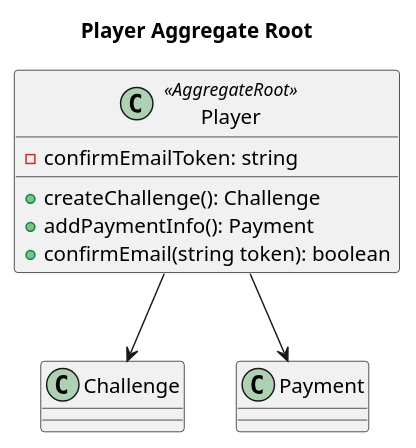
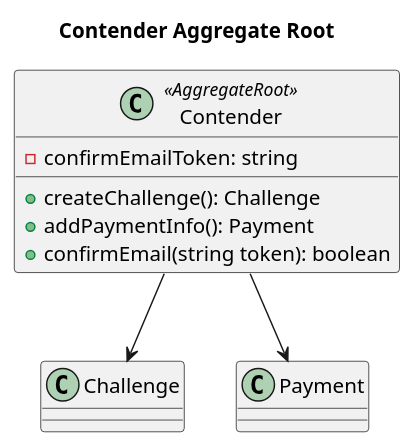
Before and after one commit to tokilabs/atqr: the first of 2 diagrams in libs/atqr/domain/src/lib/domain-spec/notes/Domain Driven Design Summary.md, drawn with PlantUML. The commit also changed other lines of this file and 7 other files, not shown here.

````diff
--- a/libs/atqr/domain/src/lib/domain-spec/notes/Domain Driven Design Summary.md
+++ b/libs/atqr/domain/src/lib/domain-spec/notes/Domain Driven Design Summary.md
@@ -45,18 +45,18 @@
 ```plantuml
-@startuml PlayerAggregateRoot
-title Player Aggregate Root
+@startuml ContenderAggregateRoot
+title Contender Aggregate Root
 
-class Player <<AggregateRoot>> {
+class Contender <<AggregateRoot>> {
   - confirmEmailToken: string
   +createChallenge(): Challenge
   +addPaymentInfo(): Payment
   +confirmEmail(string token): boolean
 }
 
 class Challenge
 class Payment
 
-Player --> Challenge
-Player --> Payment
+Contender --> Challenge
+Contender --> Payment
 @enduml
 ```
````
